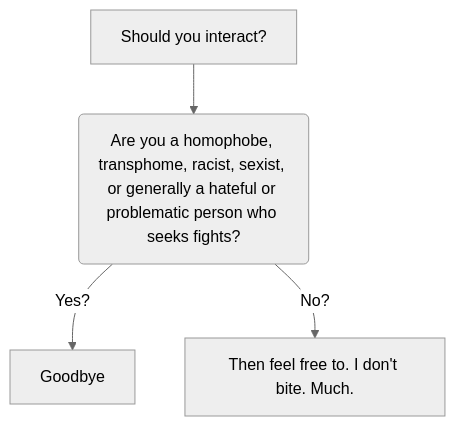
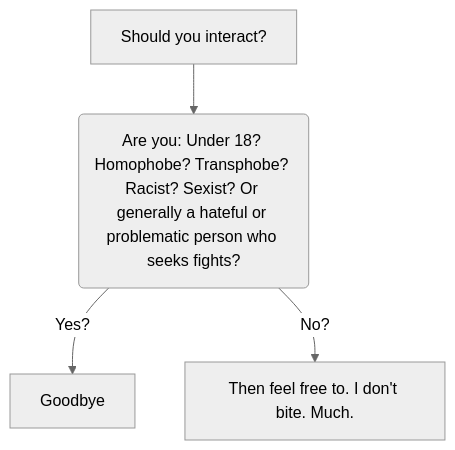
Before and after one commit to JinxxSixx6/JinxxSixx6: the diagram in README.md, drawn with Mermaid (neutral theme).

````diff
--- a/README.md
+++ b/README.md
@@ -16,6 +16,6 @@
 ```mermaid
 graph TD
-  A[Should you interact?] --> B(Are you a homophobe, transphome, racist, sexist, or generally a hateful or problematic person who seeks fights?)
+  A[Should you interact?] --> B(Are you: Under 18? Homophobe? Transphobe? Racist? Sexist? Or generally a hateful or problematic person who seeks fights?)
   B -->|Yes?| C[Goodbye]
   B -->|No?| D[Then feel free to. I don't bite. Much. ]
 ```
````
